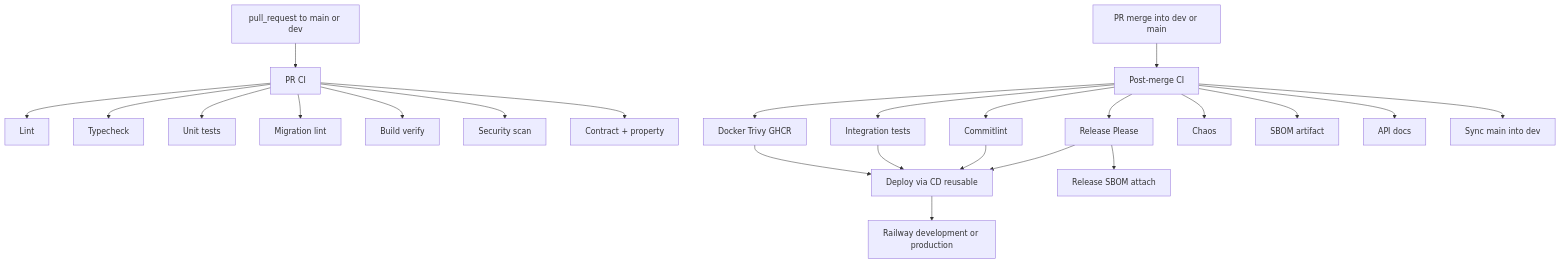
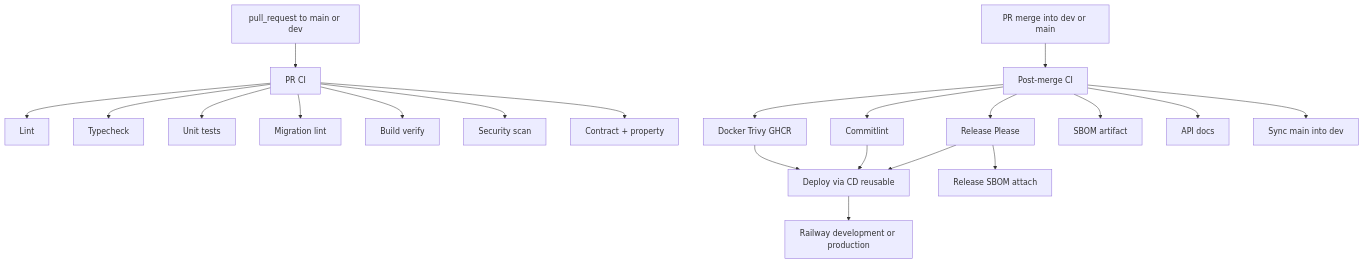
One commit to nikunjmavani/core-be changed the first of 6 diagrams in docs/deployment/ci-cd/cicd-and-deployment.md. Above: the diagram before and after it, drawn with Mermaid. The commit also changed other lines of this file and 5 other files, not shown here.

First line of the commit message:
fix(ci): drop post-merge DB integration and chaos jobs

````diff
--- a/docs/deployment/ci-cd/cicd-and-deployment.md
+++ b/docs/deployment/ci-cd/cicd-and-deployment.md
@@ -11,31 +11,28 @@
 ```mermaid
 flowchart TD
   PR[pull_request to main or dev] --> PRCI[PR CI]
   PRCI --> Lint[Lint]
   PRCI --> Typecheck[Typecheck]
   PRCI --> Unit[Unit tests]
   PRCI --> MigLint[Migration lint]
   PRCI --> BuildVerify[Build verify]
   PRCI --> Sec[Security scan]
   PRCI --> Contract[Contract + property]
 
   Merge[PR merge into dev or main] --> PostMerge[Post-merge CI]
 
   PostMerge --> Commitlint[Commitlint]
   PostMerge --> ReleasePlease[Release Please]
-  PostMerge --> Integration[Integration tests]
   PostMerge --> Docker[Docker Trivy GHCR]
-  PostMerge --> Chaos[Chaos]
   PostMerge --> SBOM[SBOM artifact]
   PostMerge --> APIDocs[API docs]
   PostMerge --> SyncMain[Sync main into dev]
 
   Docker --> Deploy[Deploy via CD reusable]
-  Integration --> Deploy
   Commitlint --> Deploy
   ReleasePlease --> Deploy
 
   Deploy --> Railway[Railway development or production]
 
   ReleasePlease --> ReleaseSBOM[Release SBOM attach]
 ```
````
